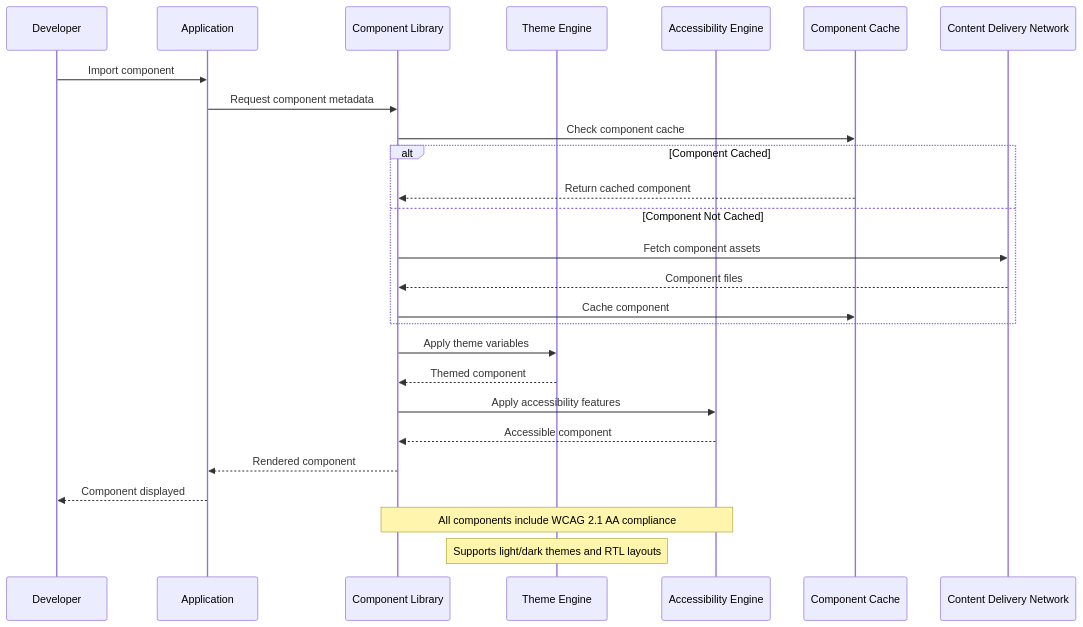
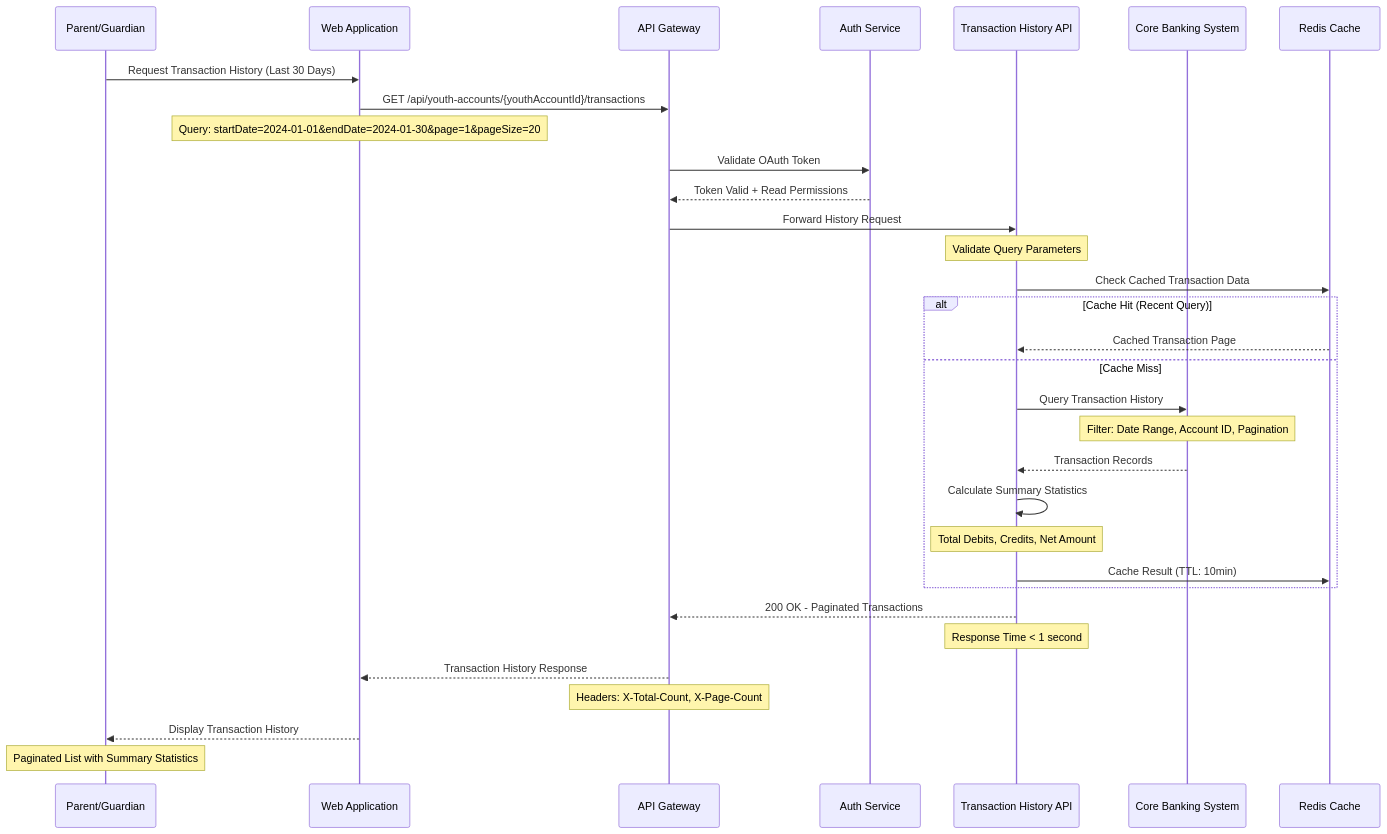
The fourth of 6 diagrams in API Development/Components and Sequence Diagrams/sequence_diagram.md (ThapaswiASC/SCIB-INCEPTION-PHASE-DEMO), drawn with Mermaid before and after one commit. The commit also changed other lines of this file and 1 other file, not shown here.

````diff
--- a/API Development/Components and Sequence Diagrams/sequence_diagram.md
+++ b/API Development/Components and Sequence Diagrams/sequence_diagram.md
@@ -212,34 +182,44 @@
 ```mermaid
 sequenceDiagram
-    participant Dev as Developer
-    participant App as Application
-    participant CompLib as Component Library
-    participant ThemeEngine as Theme Engine
-    participant A11y as Accessibility Engine
-    participant Cache as Component Cache
-    participant CDN as Content Delivery Network
+    participant Parent as Parent/Guardian
+    participant WebApp as Web Application
+    participant APIGateway as API Gateway
+    participant AuthService as Auth Service
+    participant HistoryAPI as Transaction History API
+    participant CoreBank as Core Banking System
+    participant Cache as Redis Cache
+
+    Parent->>WebApp: Request Transaction History (Last 30 Days)
+    WebApp->>APIGateway: GET /api/youth-accounts/{youthAccountId}/transactions
+    Note over WebApp: Query: startDate=2024-01-01&endDate=2024-01-30&page=1&pageSize=20
     
-    Dev->>App: Import component
-    App->>CompLib: Request component metadata
-    CompLib->>Cache: Check component cache
+    APIGateway->>AuthService: Validate OAuth Token
+    AuthService-->>APIGateway: Token Valid + Read Permissions
     
-    alt Component Cached
-        Cache-->>CompLib: Return cached component
-    else Component Not Cached
-        CompLib->>CDN: Fetch component assets
-        CDN-->>CompLib: Component files
-        CompLib->>Cache: Cache component
+    APIGateway->>HistoryAPI: Forward History Request
+    Note over HistoryAPI: Validate Query Parameters
+    
+    HistoryAPI->>Cache: Check Cached Transaction Data
+    alt Cache Hit (Recent Query)
+        Cache-->>HistoryAPI: Cached Transaction Page
+    else Cache Miss
+        HistoryAPI->>CoreBank: Query Transaction History
+        Note over CoreBank: Filter: Date Range, Account ID, Pagination
+        
+        CoreBank-->>HistoryAPI: Transaction Records
+        
+        HistoryAPI->>HistoryAPI: Calculate Summary Statistics
+        Note over HistoryAPI: Total Debits, Credits, Net Amount
+        
+        HistoryAPI->>Cache: Cache Result (TTL: 10min)
     end
     
-    CompLib->>ThemeEngine: Apply theme variables
-    ThemeEngine-->>CompLib: Themed component
+    HistoryAPI-->>APIGateway: 200 OK - Paginated Transactions
+    Note over HistoryAPI: Response Time < 1 second
     
-    CompLib->>A11y: Apply accessibility features
-    A11y-->>CompLib: Accessible component
+    APIGateway-->>WebApp: Transaction History Response
+    Note over APIGateway: Headers: X-Total-Count, X-Page-Count
     
-    CompLib-->>App: Rendered component
-    App-->>Dev: Component displayed
-    
-    Note over CompLib,A11y: All components include WCAG 2.1 AA compliance
-    Note over ThemeEngine: Supports light/dark themes and RTL layouts
+    WebApp-->>Parent: Display Transaction History
+    Note over Parent: Paginated List with Summary Statistics
 ```
````
